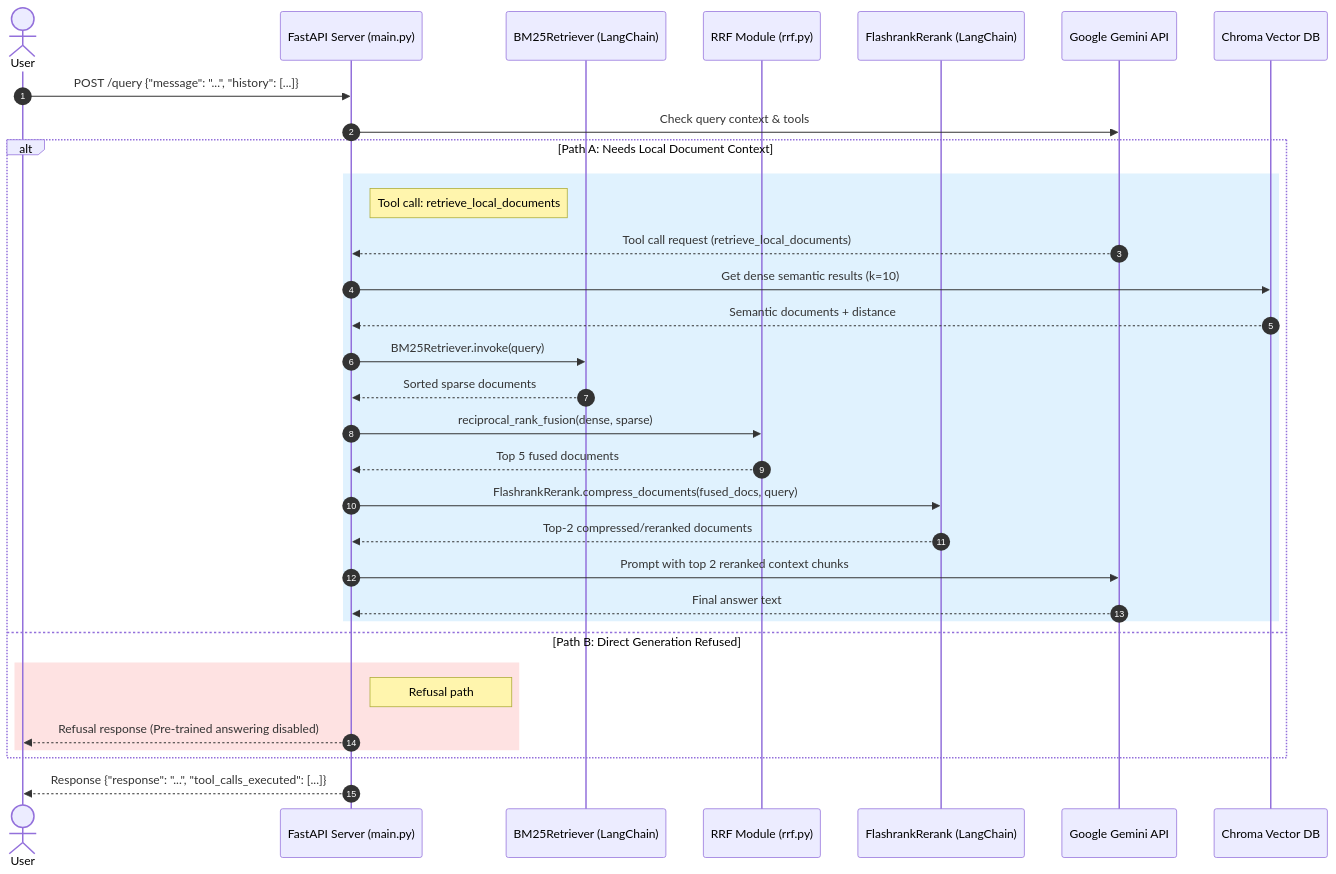
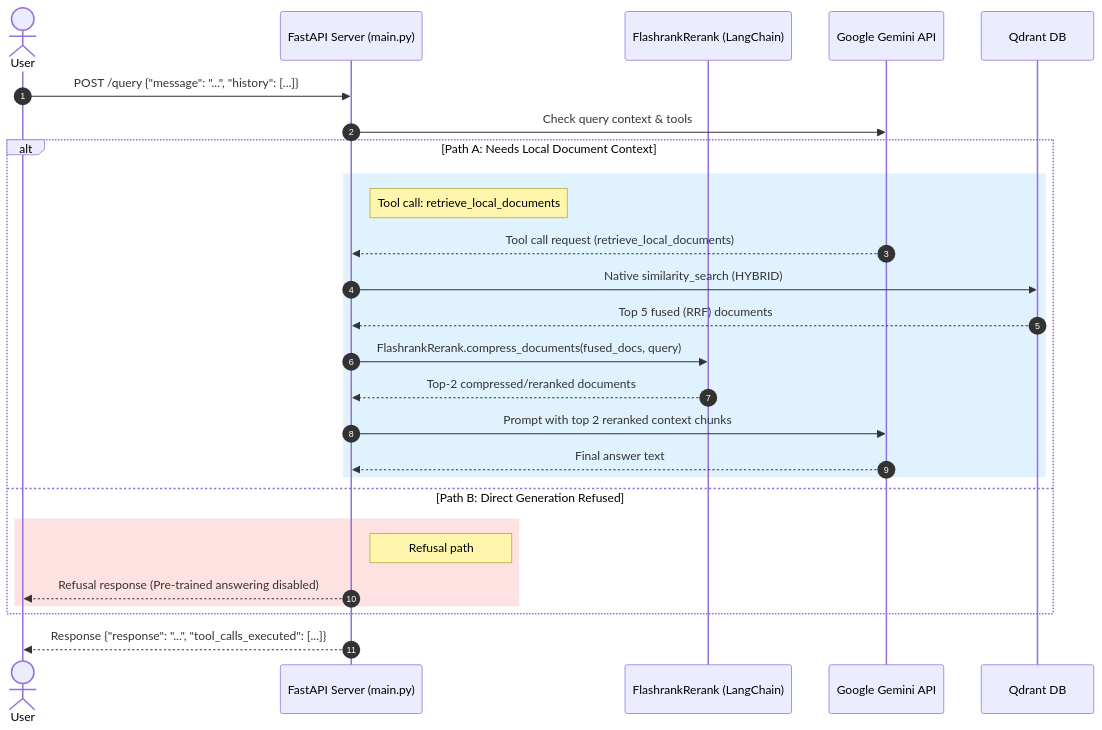
One commit to boycececil666gmailcom/rag-chatbot changed the fourth of 5 diagrams in README.md. Above: the diagram before and after it, drawn with Mermaid. The commit also changed other lines of this file and 14 other files, not shown here.

Commit message:
feat: migrate vector storage to Qdrant, configure Kubernetes deployments, and modernize backend project structure.

````diff
--- a/README.md
+++ b/README.md
@@ -115,43 +111,35 @@
 ```mermaid
 sequenceDiagram
     autonumber
     actor User
     participant App as FastAPI Server (main.py)
-    participant BM25 as BM25Retriever (LangChain)
-    participant RRF as RRF Module (rrf.py)
     participant Reranker as FlashrankRerank (LangChain)
     participant Gemini as Google Gemini API
-    participant VectorStore as Chroma Vector DB
+    participant VectorStore as Qdrant DB
 
     User->>App: POST /query {"message": "...", "history": [...]}
     App->>Gemini: Check query context & tools
     
     alt Path A: Needs Local Document Context
         rect rgb(224, 242, 254)
             note right of App: Tool call: retrieve_local_documents
             Gemini-->>App: Tool call request (retrieve_local_documents)
             
-            App->>VectorStore: Get dense semantic results (k=10)
-            VectorStore-->>App: Semantic documents + distance
-            
-            App->>BM25: BM25Retriever.invoke(query)
-            BM25-->>App: Sorted sparse documents
-            
-            App->>RRF: reciprocal_rank_fusion(dense, sparse)
-            RRF-->>App: Top 5 fused documents
+            App->>VectorStore: Native similarity_search (HYBRID)
+            VectorStore-->>App: Top 5 fused (RRF) documents
             
             App->>Reranker: FlashrankRerank.compress_documents(fused_docs, query)
             Reranker-->>App: Top-2 compressed/reranked documents
             
             App->>Gemini: Prompt with top 2 reranked context chunks
             Gemini-->>App: Final answer text
         end
     else Path B: Direct Generation Refused
         rect rgb(254, 226, 226)
             note right of App: Refusal path
             App-->>User: Refusal response (Pre-trained answering disabled)
         end
     end
     
     App-->>User: Response {"response": "...", "tool_calls_executed": [...]}
 ```
````
